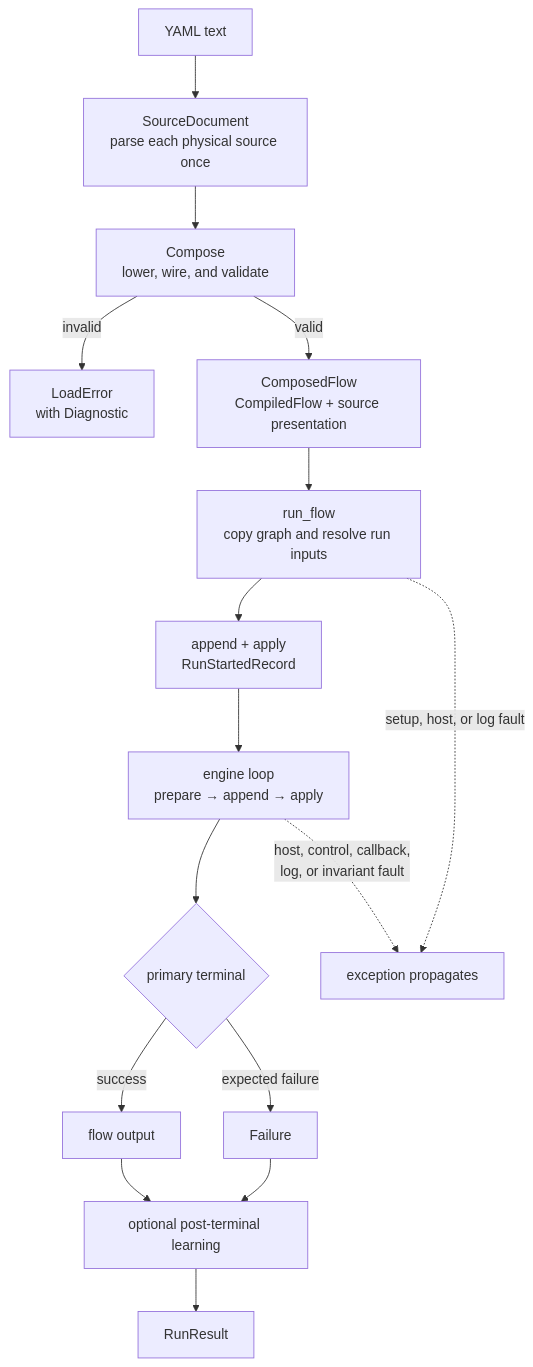
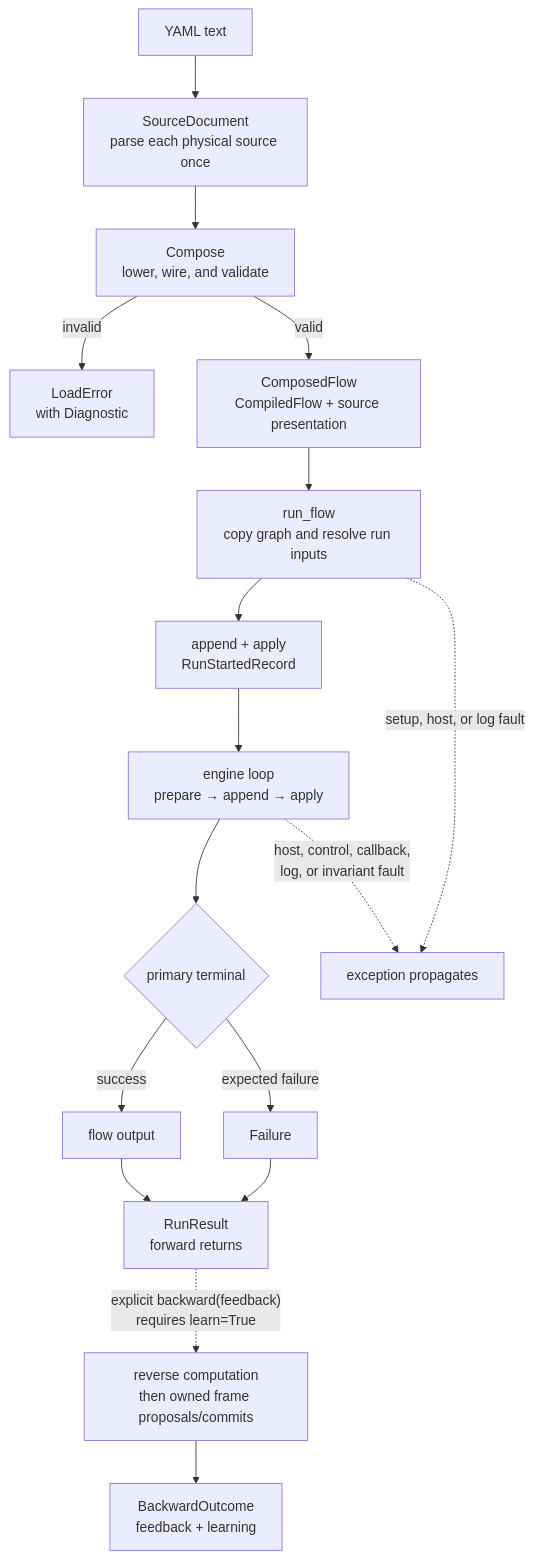
The first of 2 diagrams in docs/architecture.md (ngocbh/yian), drawn with Mermaid before and after one commit. The commit also changed other lines of this file and 15 other files, not shown here.

Commit message:
docs: describe explicit backward lifecycle

````diff
--- a/docs/architecture.md
+++ b/docs/architecture.md
@@ -13,20 +14,21 @@
 ```mermaid
 flowchart TD
     yaml["YAML text"] --> document["SourceDocument<br/>parse each physical source once"]
     document --> compose["Compose<br/>lower, wire, and validate"]
     compose -->|invalid| load_error["LoadError<br/>with Diagnostic"]
     compose -->|valid| composed["ComposedFlow<br/>CompiledFlow + source presentation"]
 
     composed --> initialize["run_flow<br/>copy graph and resolve run inputs"]
     initialize --> started["append + apply<br/>RunStartedRecord"]
     started --> loop["engine loop<br/>prepare → append → apply"]
     loop --> terminal{"primary terminal"}
     terminal -->|success| output["flow output"]
     terminal -->|expected failure| failure["Failure"]
-    output --> learning["optional post-terminal learning"]
-    failure --> learning
-    learning --> result["RunResult"]
+    output --> result["RunResult<br/>forward returns"]
+    failure --> result
+    result -. "explicit backward(feedback)<br/>requires learn=True" .-> backward["reverse computation<br/>then owned frame proposals/commits"]
+    backward --> outcome["BackwardOutcome<br/>feedback + learning"]
 
     initialize -. "setup, host, or log fault" .-> raised["exception propagates"]
     loop -. "host, control, callback,<br/>log, or invariant fault" .-> raised
 ```
````
